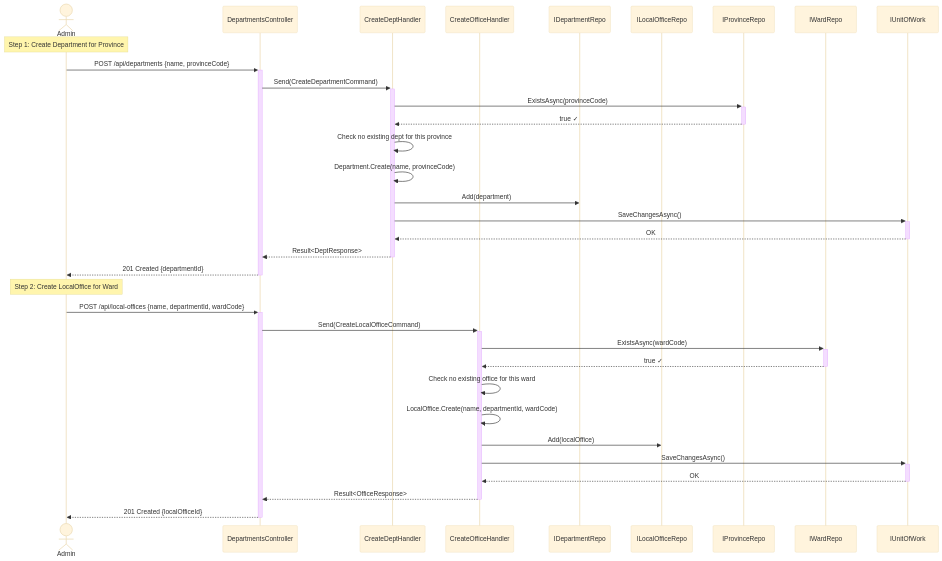
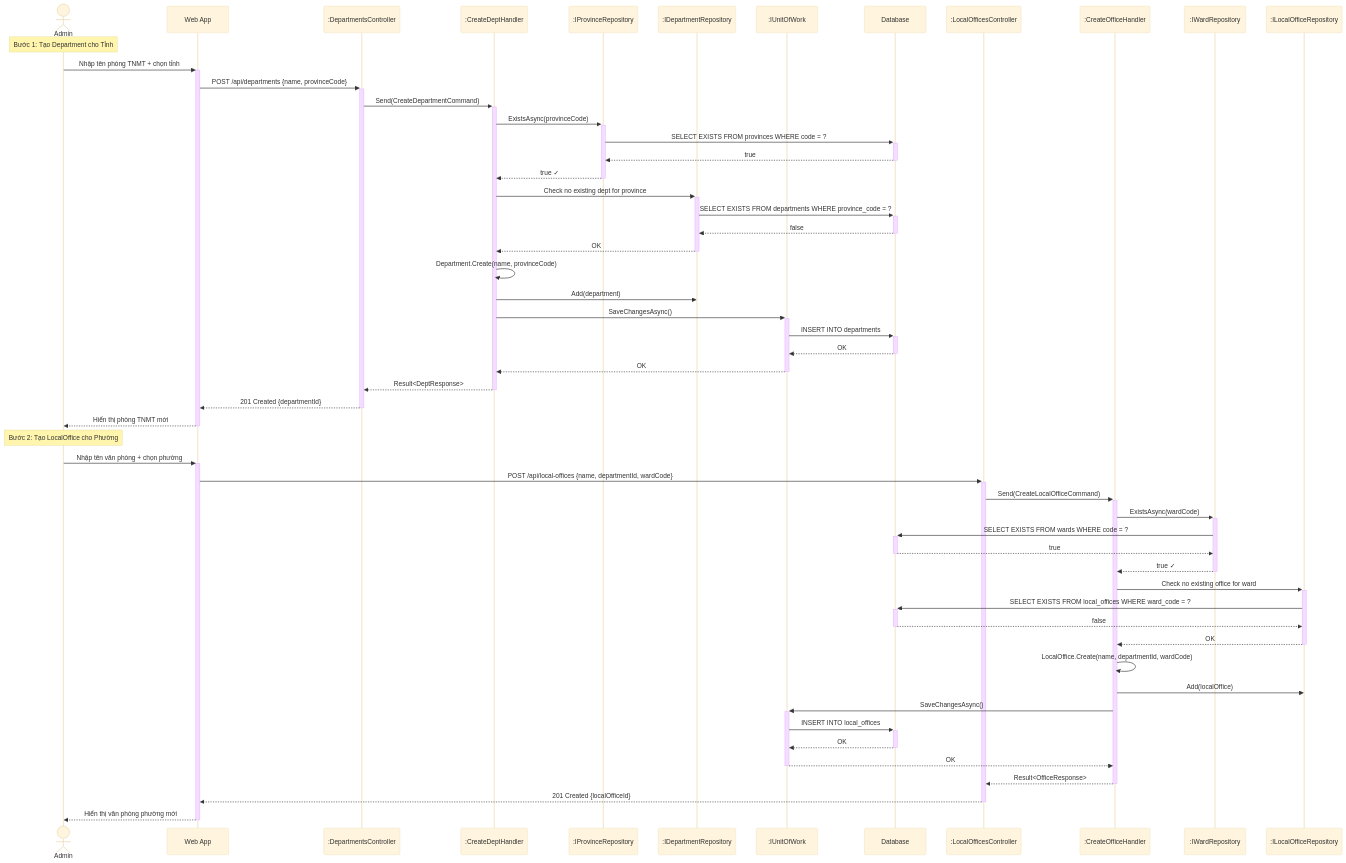
Diagram 16 of 25 in docs/BusinessRule/SEQUENCE_DIAGRAMS.md (Capstonne-Project/greenlens-service), drawn with Mermaid (base theme) before and after one commit. The commit also changed other lines of this file, not shown here.

Commit message:
fix(docs): enhance format sequence diagram

````diff
--- a/docs/BusinessRule/SEQUENCE_DIAGRAMS.md
+++ b/docs/BusinessRule/SEQUENCE_DIAGRAMS.md
@@ -738,42 +916,70 @@
 ```mermaid
 sequenceDiagram
     actor Admin
-    participant API as DepartmentsController
-    participant Handler1 as CreateDeptHandler
-    participant Handler2 as CreateOfficeHandler
-    participant DeptRepo as IDepartmentRepo
-    participant OfficeRepo as ILocalOfficeRepo
-    participant ProvRepo as IProvinceRepo
-    participant WardRepo as IWardRepo
-    participant DB as IUnitOfWork
+    participant App as Web App
+    participant Ctrl1 as :DepartmentsController
+    participant Hdl1 as :CreateDeptHandler
+    participant ProvRepo as :IProvinceRepository
+    participant DeptRepo as :IDepartmentRepository
+    participant UoW as :IUnitOfWork
+    participant DB as Database
 
-    Note over Admin: Step 1: Create Department for Province
-    Admin->>+API: POST /api/departments {name, provinceCode}
-    API->>+Handler1: Send(CreateDepartmentCommand)
+    Note over Admin: Bước 1: Tạo Department cho Tỉnh
+    Admin->>+App: Nhập tên phòng TNMT + chọn tỉnh
+    App->>+Ctrl1: POST /api/departments {name, provinceCode}
+    Ctrl1->>+Hdl1: Send(CreateDepartmentCommand)
 
-    Handler1->>+ProvRepo: ExistsAsync(provinceCode)
-    ProvRepo-->>-Handler1: true ✓
-    Handler1->>Handler1: Check no existing dept for this province
-    Handler1->>Handler1: Department.Create(name, provinceCode)
-    Handler1->>DeptRepo: Add(department)
-    Handler1->>+DB: SaveChangesAsync()
-    DB-->>-Handler1: OK
+    Hdl1->>+ProvRepo: ExistsAsync(provinceCode)
+    ProvRepo->>+DB: SELECT EXISTS FROM provinces WHERE code = ?
+    DB-->>-ProvRepo: true
+    ProvRepo-->>-Hdl1: true ✓
 
-    Handler1-->>-API: Result<DeptResponse>
-    API-->>-Admin: 201 Created {departmentId}
+    Hdl1->>+DeptRepo: Check no existing dept for province
+    DeptRepo->>+DB: SELECT EXISTS FROM departments WHERE province_code = ?
+    DB-->>-DeptRepo: false
+    DeptRepo-->>-Hdl1: OK
 
-    Note over Admin: Step 2: Create LocalOffice for Ward
-    Admin->>+API: POST /api/local-offices {name, departmentId, wardCode}
-    API->>+Handler2: Send(CreateLocalOfficeCommand)
+    Hdl1->>Hdl1: Department.Create(name, provinceCode)
+    Hdl1->>DeptRepo: Add(department)
 
-    Handler2->>+WardRepo: ExistsAsync(wardCode)
-    WardRepo-->>-Handler2: true ✓
-    Handler2->>Handler2: Check no existing office for this ward
-    Handler2->>Handler2: LocalOffice.Create(name, departmentId, wardCode)
-    Handler2->>OfficeRepo: Add(localOffice)
-    Handler2->>+DB: SaveChangesAsync()
-    DB-->>-Handler2: OK
+    Hdl1->>+UoW: SaveChangesAsync()
+    UoW->>+DB: INSERT INTO departments
+    DB-->>-UoW: OK
+    UoW-->>-Hdl1: OK
 
-    Handler2-->>-API: Result<OfficeResponse>
-    API-->>-Admin: 201 Created {localOfficeId}
+    Hdl1-->>-Ctrl1: Result<DeptResponse>
+    Ctrl1-->>-App: 201 Created {departmentId}
+    App-->>-Admin: Hiển thị phòng TNMT mới
+
+    participant Ctrl2 as :LocalOfficesController
+    participant Hdl2 as :CreateOfficeHandler
+    participant WardRepo as :IWardRepository
+    participant OffRepo as :ILocalOfficeRepository
+
+    Note over Admin: Bước 2: Tạo LocalOffice cho Phường
+    Admin->>+App: Nhập tên văn phòng + chọn phường
+    App->>+Ctrl2: POST /api/local-offices {name, departmentId, wardCode}
+    Ctrl2->>+Hdl2: Send(CreateLocalOfficeCommand)
+
+    Hdl2->>+WardRepo: ExistsAsync(wardCode)
+    WardRepo->>+DB: SELECT EXISTS FROM wards WHERE code = ?
+    DB-->>-WardRepo: true
+    WardRepo-->>-Hdl2: true ✓
+
+    Hdl2->>+OffRepo: Check no existing office for ward
+    OffRepo->>+DB: SELECT EXISTS FROM local_offices WHERE ward_code = ?
+    DB-->>-OffRepo: false
+    OffRepo-->>-Hdl2: OK
+
+    Hdl2->>Hdl2: LocalOffice.Create(name, departmentId, wardCode)
+    Hdl2->>OffRepo: Add(localOffice)
+
+    Hdl2->>+UoW: SaveChangesAsync()
+    UoW->>+DB: INSERT INTO local_offices
+    DB-->>-UoW: OK
+    UoW-->>-Hdl2: OK
+
+    Hdl2-->>-Ctrl2: Result<OfficeResponse>
+    Ctrl2-->>-App: 201 Created {localOfficeId}
+    App-->>-Admin: Hiển thị văn phòng phường mới
 ```
````
